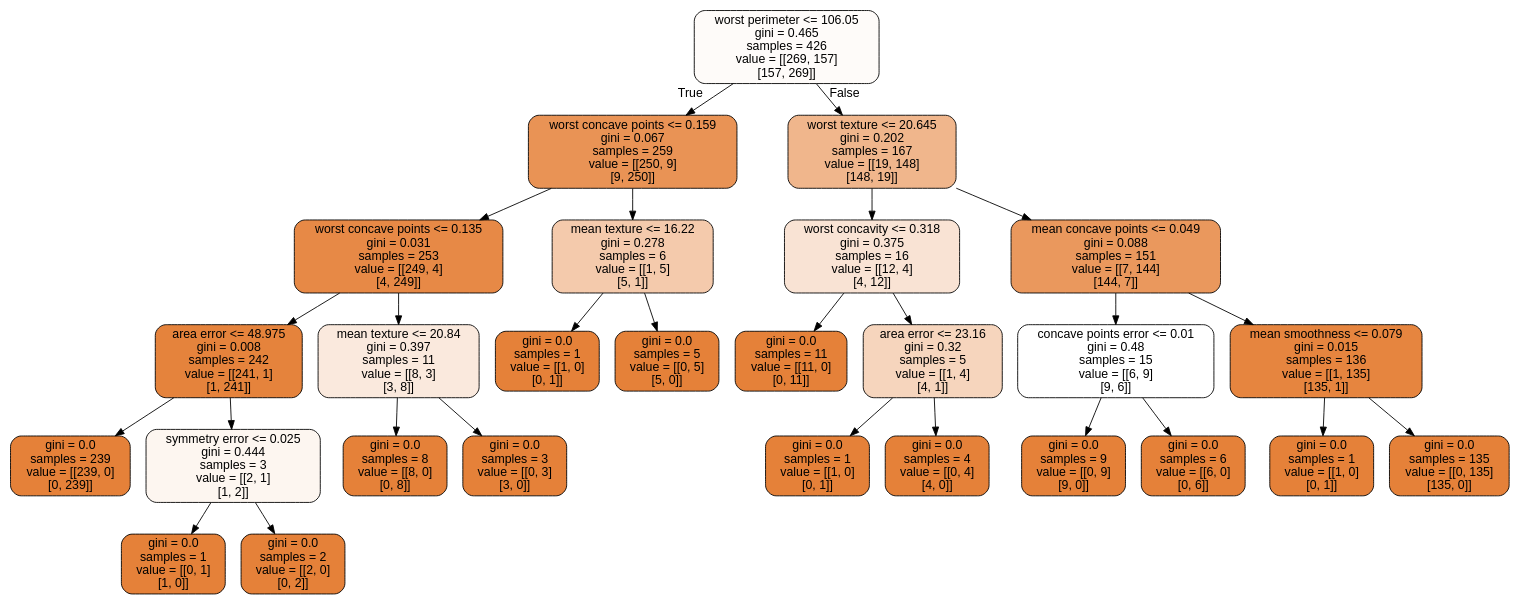
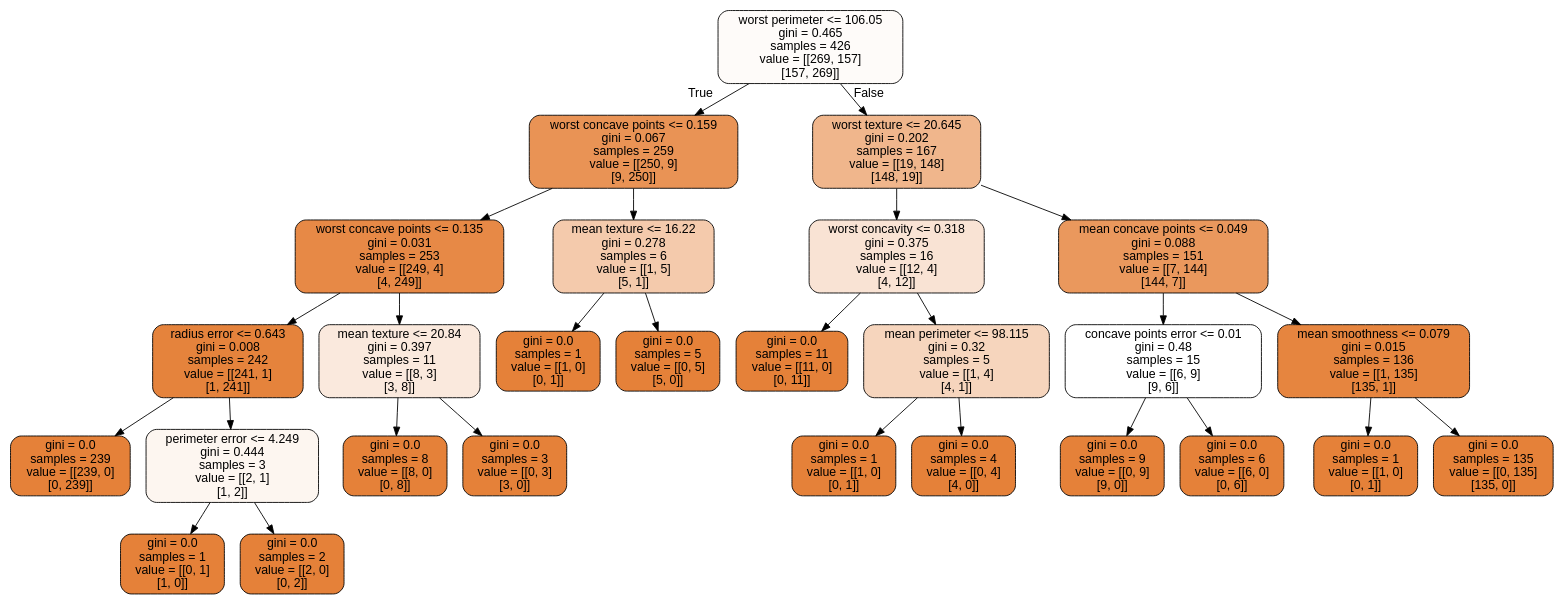
One commit to CompPhysics/MachineLearning changed the diagram in doc/LectureNotes/DataFiles/cancer.dot. Above: the diagram before and after it, drawn with Graphviz. The commit also changed 157 other files, not shown here.

```diff
--- a/doc/LectureNotes/DataFiles/cancer.dot
+++ b/doc/LectureNotes/DataFiles/cancer.dot
@@ -1,57 +1,57 @@
 digraph Tree {
 node [shape=box, style="filled, rounded", color="black", fontname="helvetica"] ;
 edge [fontname="helvetica"] ;
 0 [label="worst perimeter <= 106.05\ngini = 0.465\nsamples = 426\nvalue = [[269, 157]\n[157, 269]]", fillcolor="#fefbf9"] ;
 1 [label="worst concave points <= 0.159\ngini = 0.067\nsamples = 259\nvalue = [[250, 9]\n[9, 250]]", fillcolor="#e99355"] ;
 0 -> 1 [labeldistance=2.5, labelangle=45, headlabel="True"] ;
 2 [label="worst concave points <= 0.135\ngini = 0.031\nsamples = 253\nvalue = [[249, 4]\n[4, 249]]", fillcolor="#e78946"] ;
 1 -> 2 ;
-3 [label="area error <= 48.975\ngini = 0.008\nsamples = 242\nvalue = [[241, 1]\n[1, 241]]", fillcolor="#e5833c"] ;
+3 [label="radius error <= 0.643\ngini = 0.008\nsamples = 242\nvalue = [[241, 1]\n[1, 241]]", fillcolor="#e5833c"] ;
 2 -> 3 ;
 4 [label="gini = 0.0\nsamples = 239\nvalue = [[239, 0]\n[0, 239]]", fillcolor="#e58139"] ;
 3 -> 4 ;
-5 [label="symmetry error <= 0.025\ngini = 0.444\nsamples = 3\nvalue = [[2, 1]\n[1, 2]]", fillcolor="#fdf6f0"] ;
+5 [label="perimeter error <= 4.249\ngini = 0.444\nsamples = 3\nvalue = [[2, 1]\n[1, 2]]", fillcolor="#fdf6f0"] ;
 3 -> 5 ;
 6 [label="gini = 0.0\nsamples = 1\nvalue = [[0, 1]\n[1, 0]]", fillcolor="#e58139"] ;
 5 -> 6 ;
 7 [label="gini = 0.0\nsamples = 2\nvalue = [[2, 0]\n[0, 2]]", fillcolor="#e58139"] ;
 5 -> 7 ;
 8 [label="mean texture <= 20.84\ngini = 0.397\nsamples = 11\nvalue = [[8, 3]\n[3, 8]]", fillcolor="#fae9dd"] ;
 2 -> 8 ;
 9 [label="gini = 0.0\nsamples = 8\nvalue = [[8, 0]\n[0, 8]]", fillcolor="#e58139"] ;
 8 -> 9 ;
 10 [label="gini = 0.0\nsamples = 3\nvalue = [[0, 3]\n[3, 0]]", fillcolor="#e58139"] ;
 8 -> 10 ;
 11 [label="mean texture <= 16.22\ngini = 0.278\nsamples = 6\nvalue = [[1, 5]\n[5, 1]]", fillcolor="#f4caac"] ;
 1 -> 11 ;
 12 [label="gini = 0.0\nsamples = 1\nvalue = [[1, 0]\n[0, 1]]", fillcolor="#e58139"] ;
 11 -> 12 ;
 13 [label="gini = 0.0\nsamples = 5\nvalue = [[0, 5]\n[5, 0]]", fillcolor="#e58139"] ;
 11 -> 13 ;
 14 [label="worst texture <= 20.645\ngini = 0.202\nsamples = 167\nvalue = [[19, 148]\n[148, 19]]", fillcolor="#f0b68c"] ;
 0 -> 14 [labeldistance=2.5, labelangle=-45, headlabel="False"] ;
 15 [label="worst concavity <= 0.318\ngini = 0.375\nsamples = 16\nvalue = [[12, 4]\n[4, 12]]", fillcolor="#f9e3d4"] ;
 14 -> 15 ;
 16 [label="gini = 0.0\nsamples = 11\nvalue = [[11, 0]\n[0, 11]]", fillcolor="#e58139"] ;
 15 -> 16 ;
-17 [label="area error <= 23.16\ngini = 0.32\nsamples = 5\nvalue = [[1, 4]\n[4, 1]]", fillcolor="#f6d5bd"] ;
+17 [label="mean perimeter <= 98.115\ngini = 0.32\nsamples = 5\nvalue = [[1, 4]\n[4, 1]]", fillcolor="#f6d5bd"] ;
 15 -> 17 ;
 18 [label="gini = 0.0\nsamples = 1\nvalue = [[1, 0]\n[0, 1]]", fillcolor="#e58139"] ;
 17 -> 18 ;
 19 [label="gini = 0.0\nsamples = 4\nvalue = [[0, 4]\n[4, 0]]", fillcolor="#e58139"] ;
 17 -> 19 ;
 20 [label="mean concave points <= 0.049\ngini = 0.088\nsamples = 151\nvalue = [[7, 144]\n[144, 7]]", fillcolor="#ea985d"] ;
 14 -> 20 ;
 21 [label="concave points error <= 0.01\ngini = 0.48\nsamples = 15\nvalue = [[6, 9]\n[9, 6]]", fillcolor="#ffffff"] ;
 20 -> 21 ;
 22 [label="gini = 0.0\nsamples = 9\nvalue = [[0, 9]\n[9, 0]]", fillcolor="#e58139"] ;
 21 -> 22 ;
 23 [label="gini = 0.0\nsamples = 6\nvalue = [[6, 0]\n[0, 6]]", fillcolor="#e58139"] ;
 21 -> 23 ;
 24 [label="mean smoothness <= 0.079\ngini = 0.015\nsamples = 136\nvalue = [[1, 135]\n[135, 1]]", fillcolor="#e6853f"] ;
 20 -> 24 ;
 25 [label="gini = 0.0\nsamples = 1\nvalue = [[1, 0]\n[0, 1]]", fillcolor="#e58139"] ;
 24 -> 25 ;
 26 [label="gini = 0.0\nsamples = 135\nvalue = [[0, 135]\n[135, 0]]", fillcolor="#e58139"] ;
 24 -> 26 ;
 }
```
